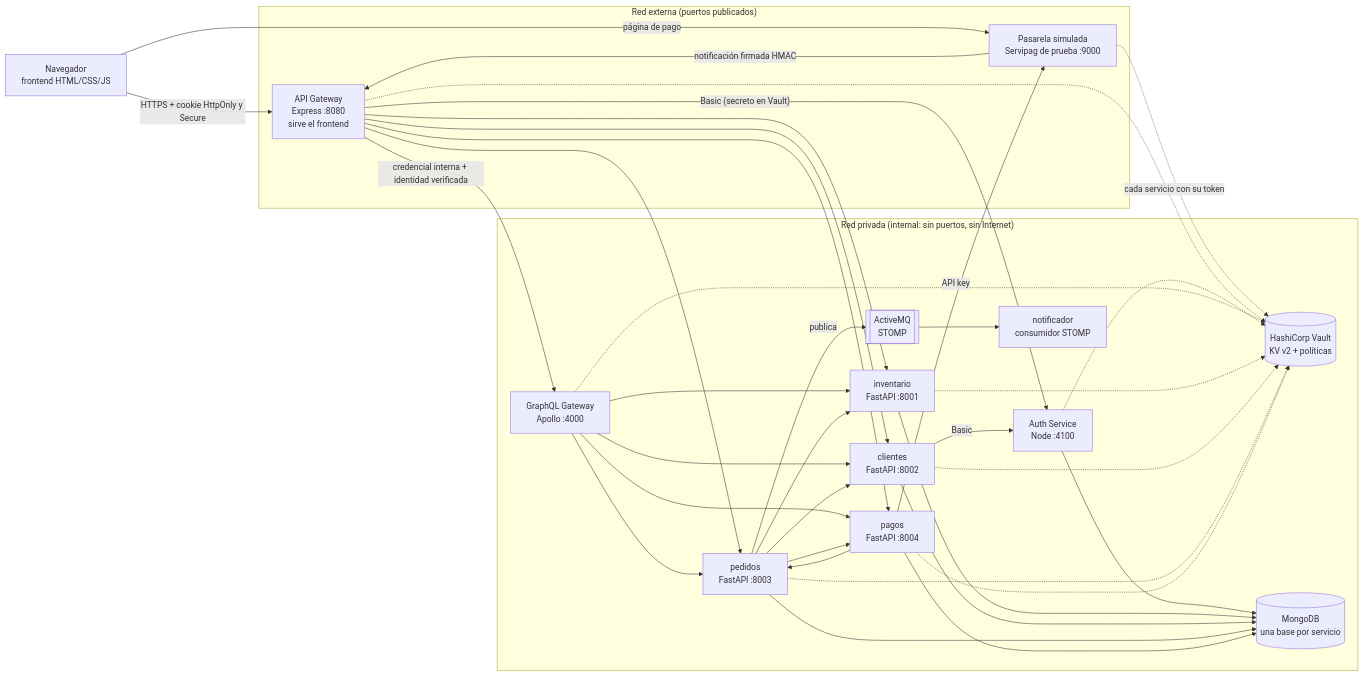
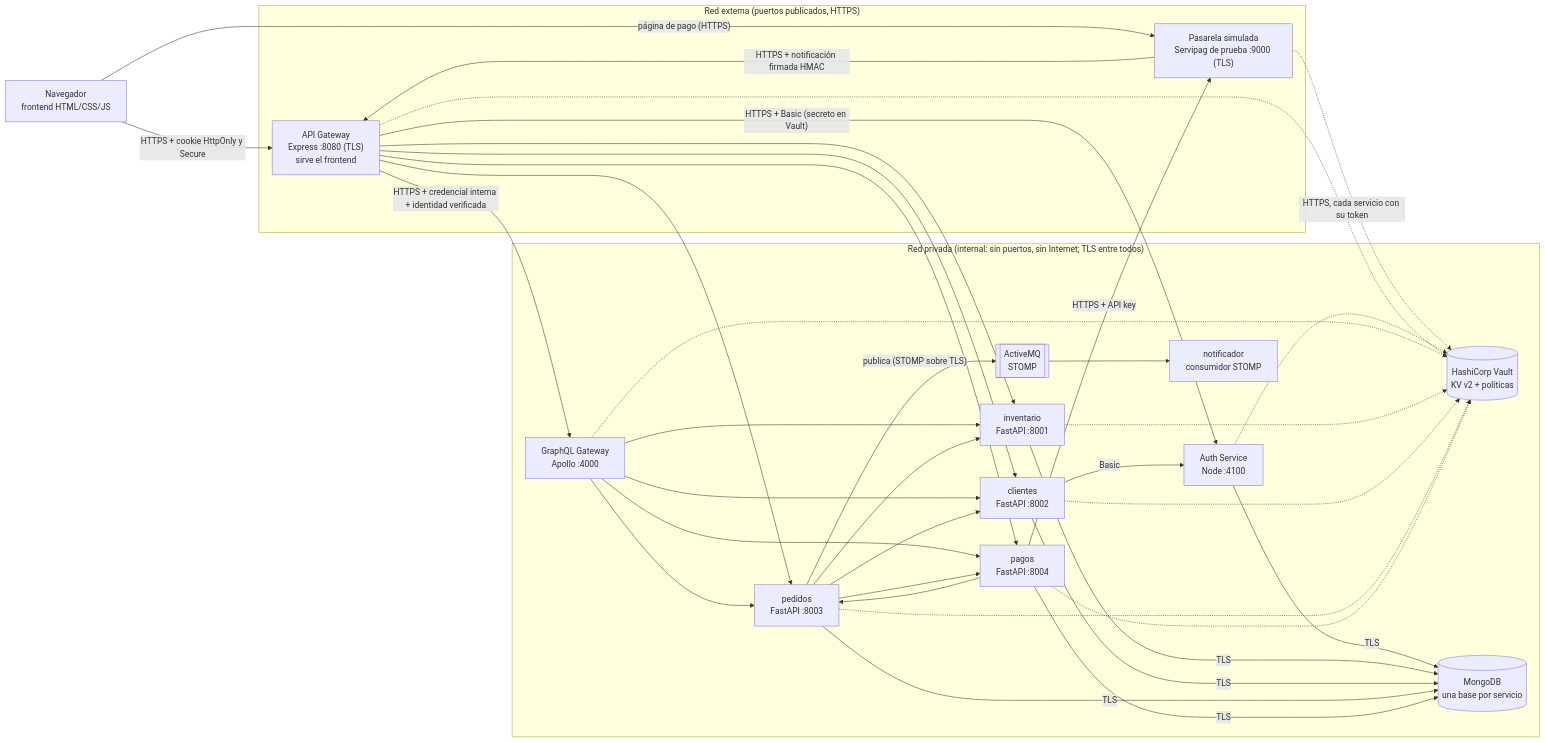
The diagram in docs/diagramas/componentes.mmd (kemunozcastillo/DesarrolloWeb_KevinMunoz), drawn with Mermaid before and after one commit. The commit also changed 3 other files, not shown here.

First line of the commit message:
Diagramas: componentes y fronteras con TLS, imágenes regeneradas

```diff
--- a/docs/diagramas/componentes.mmd
+++ b/docs/diagramas/componentes.mmd
@@ -1,33 +1,33 @@
 flowchart LR
   nav["Navegador<br/>frontend HTML/CSS/JS"]
-  subgraph externa["Red externa (puertos publicados)"]
-    gw["API Gateway<br/>Express :8080<br/>sirve el frontend"]
-    pas["Pasarela simulada<br/>Servipag de prueba :9000"]
+  subgraph externa["Red externa (puertos publicados, HTTPS)"]
+    gw["API Gateway<br/>Express :8080 (TLS)<br/>sirve el frontend"]
+    pas["Pasarela simulada<br/>Servipag de prueba :9000 (TLS)"]
   end
-  subgraph privada["Red privada (internal: sin puertos, sin Internet)"]
+  subgraph privada["Red privada (internal: sin puertos, sin Internet; TLS entre todos)"]
     auth["Auth Service<br/>Node :4100"]
     gql["GraphQL Gateway<br/>Apollo :4000"]
     inv["inventario<br/>FastAPI :8001"]
     cli["clientes<br/>FastAPI :8002"]
     ped["pedidos<br/>FastAPI :8003"]
     pag["pagos<br/>FastAPI :8004"]
     vault[("HashiCorp Vault<br/>KV v2 + políticas")]
     mongo[("MongoDB<br/>una base por servicio")]
     mq[["ActiveMQ<br/>STOMP"]]
     notif["notificador<br/>consumidor STOMP"]
   end
   nav -- "HTTPS + cookie HttpOnly y Secure" --> gw
-  nav -- "página de pago" --> pas
-  pas -- "notificación firmada HMAC" --> gw
-  gw -- "Basic (secreto en Vault)" --> auth
-  gw -- "credencial interna + identidad verificada" --> gql
+  nav -- "página de pago (HTTPS)" --> pas
+  pas -- "HTTPS + notificación firmada HMAC" --> gw
+  gw -- "HTTPS + Basic (secreto en Vault)" --> auth
+  gw -- "HTTPS + credencial interna + identidad verificada" --> gql
   gw --> inv & cli & ped & pag
   gql --> ped & pag & inv & cli
   cli -- Basic --> auth
   ped --> inv & cli & pag
   pag --> ped
-  pag -- "API key" --> pas
-  ped -- "publica" --> mq --> notif
-  auth & inv & cli & ped & pag --> mongo
-  pas -. "cada servicio con su token" .-> vault
+  pag -- "HTTPS + API key" --> pas
+  ped -- "publica (STOMP sobre TLS)" --> mq --> notif
+  auth & inv & cli & ped & pag -- "TLS" --> mongo
+  pas -. "HTTPS, cada servicio con su token" .-> vault
   gw & auth & gql & inv & cli & ped & pag -.-> vault
```
